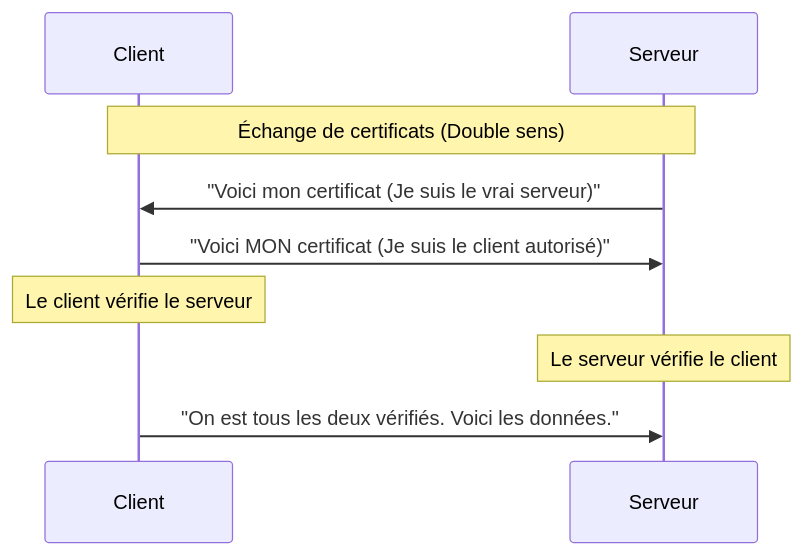
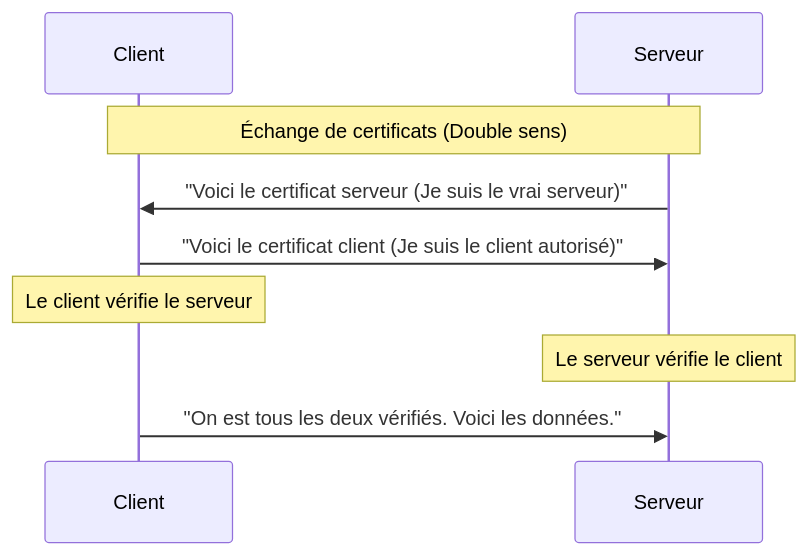
One commit to asenka-proton/obsidian-learning-tls changed the second of 2 diagrams in mTLS.md. Above: the diagram before and after it, drawn with Mermaid. The commit also changed other lines of this file and 11 other files, not shown here.

````diff
--- a/mTLS.md
+++ b/mTLS.md
@@ -39,14 +39,14 @@
 ```mermaid
 sequenceDiagram
     participant Client
     participant Serveur
     
     Note over Client, Serveur: Échange de certificats (Double sens)
-    Serveur->>Client: "Voici mon certificat (Je suis le vrai serveur)"
-    Client->>Serveur: "Voici MON certificat (Je suis le client autorisé)"
+    Serveur->>Client: "Voici le certificat serveur (Je suis le vrai serveur)"
+    Client->>Serveur: "Voici le certificat client (Je suis le client autorisé)"
     
     Note over Client: Le client vérifie le serveur
     Note over Serveur: Le serveur vérifie le client
     
     Client->>Serveur: "On est tous les deux vérifiés. Voici les données."
 ```
````
